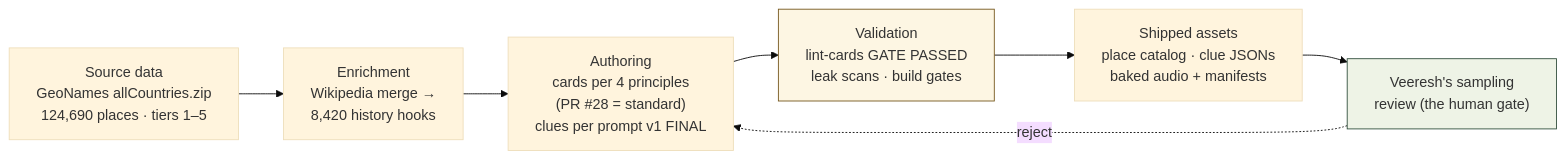
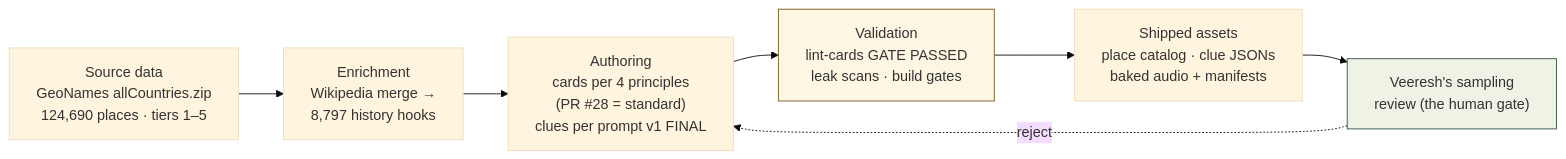
The diagram in docs/handbook/05-content-system.md (veeresh-bikkaneti/Meridian), drawn with Mermaid (base theme) before and after one commit. The commit also changed other lines of this file and 9 other files, not shown here.

````diff
--- a/docs/handbook/05-content-system.md
+++ b/docs/handbook/05-content-system.md
@@ -90,11 +90,11 @@
 ```mermaid
 flowchart LR
-    A["Source data<br/>GeoNames allCountries.zip<br/>124,690 places · tiers 1–5"] --> B["Enrichment<br/>Wikipedia merge →<br/>8,420 history hooks"]
+    A["Source data<br/>GeoNames allCountries.zip<br/>124,690 places · tiers 1–5"] --> B["Enrichment<br/>Wikipedia merge →<br/>8,797 history hooks"]
     B --> C["Authoring<br/>cards per 4 principles<br/>(PR #28 = standard)<br/>clues per prompt v1 FINAL"]
     C --> D["Validation<br/>lint-cards GATE PASSED<br/>leak scans · build gates"]
     D --> E["Shipped assets<br/>place catalog · clue JSONs<br/>baked audio + manifests"]
     E --> F["Veeresh's sampling<br/>review (the human gate)"]
     F -. "reject" .-> C
     style D fill:#fdf6e3,stroke:#77591f
     style F fill:#eef3e6,stroke:#33503f
 ```
````
